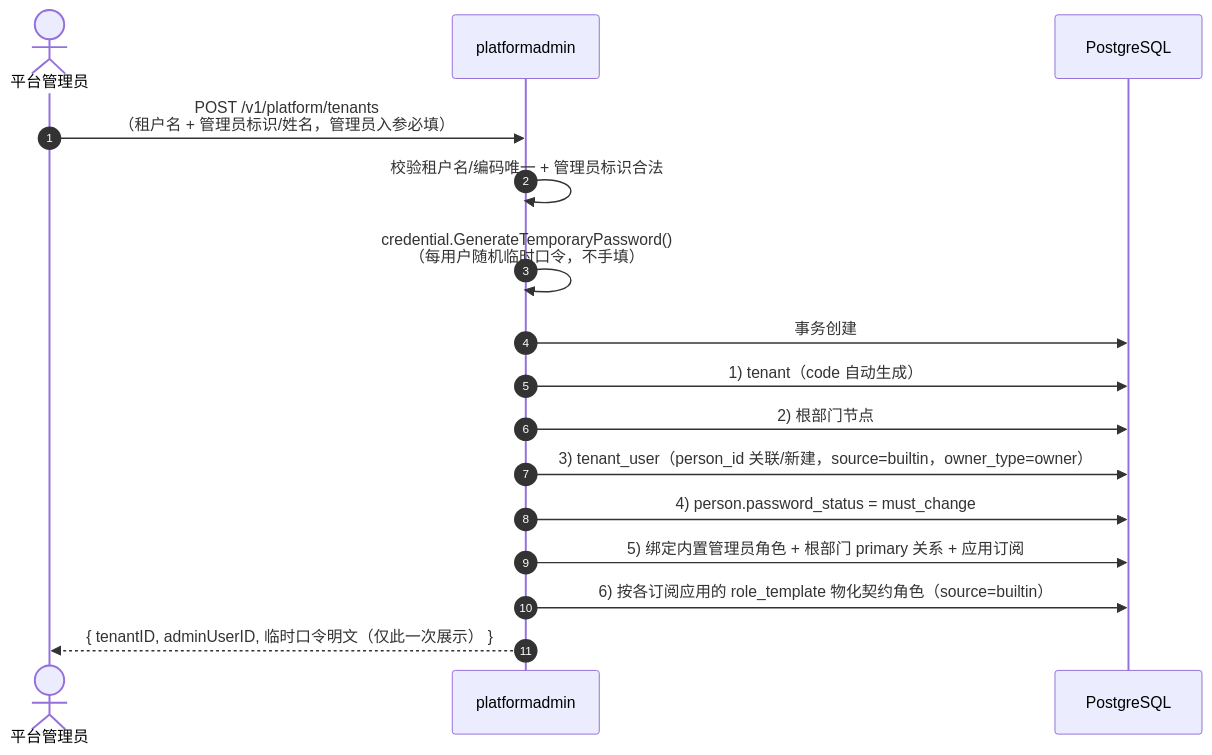
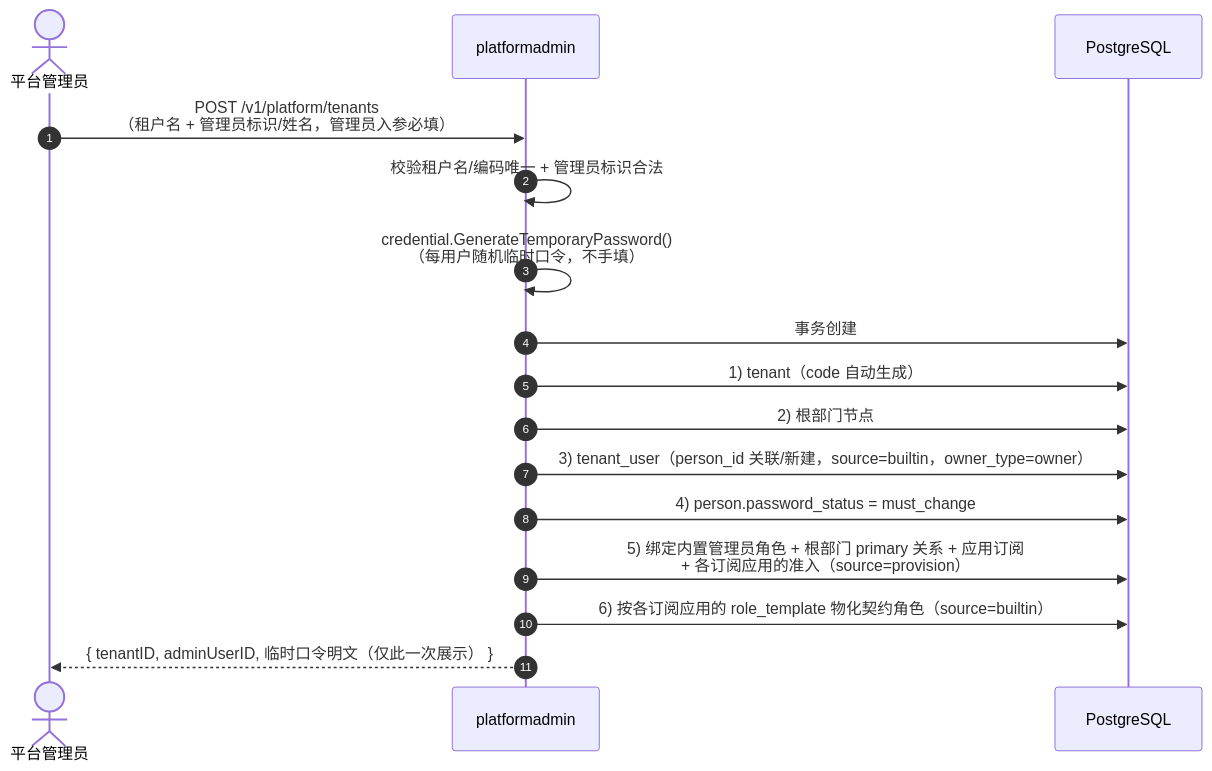
Before and after one commit to morehao/ark-iam: diagram 12 of 15 in docs/design/system-design.md, drawn with Mermaid. The commit also changed other lines of this file and 73 other files, not shown here.

````diff
--- a/docs/design/system-design.md
+++ b/docs/design/system-design.md
@@ -840,19 +870,19 @@
 ```mermaid
 sequenceDiagram
     autonumber
     actor P as 平台管理员
     participant PA as platformadmin
     participant DB as PostgreSQL
 
     P->>PA: POST /v1/platform/tenants<br/>（租户名 + 管理员标识/姓名，管理员入参必填）
     PA->>PA: 校验租户名/编码唯一 + 管理员标识合法
     PA->>PA: credential.GenerateTemporaryPassword()<br/>（每用户随机临时口令，不手填）
     PA->>DB: 事务创建
     PA->>DB: 1) tenant（code 自动生成）
     PA->>DB: 2) 根部门节点
     PA->>DB: 3) tenant_user（person_id 关联/新建，source=builtin，owner_type=owner）
     PA->>DB: 4) person.password_status = must_change
-    PA->>DB: 5) 绑定内置管理员角色 + 根部门 primary 关系 + 应用订阅
+    PA->>DB: 5) 绑定内置管理员角色 + 根部门 primary 关系 + 应用订阅<br/>+ 各订阅应用的准入（source=provision）
     PA->>DB: 6) 按各订阅应用的 role_template 物化契约角色（source=builtin）
     PA-->>P: { tenantID, adminUserID, 临时口令明文（仅此一次展示） }
 ```
````
